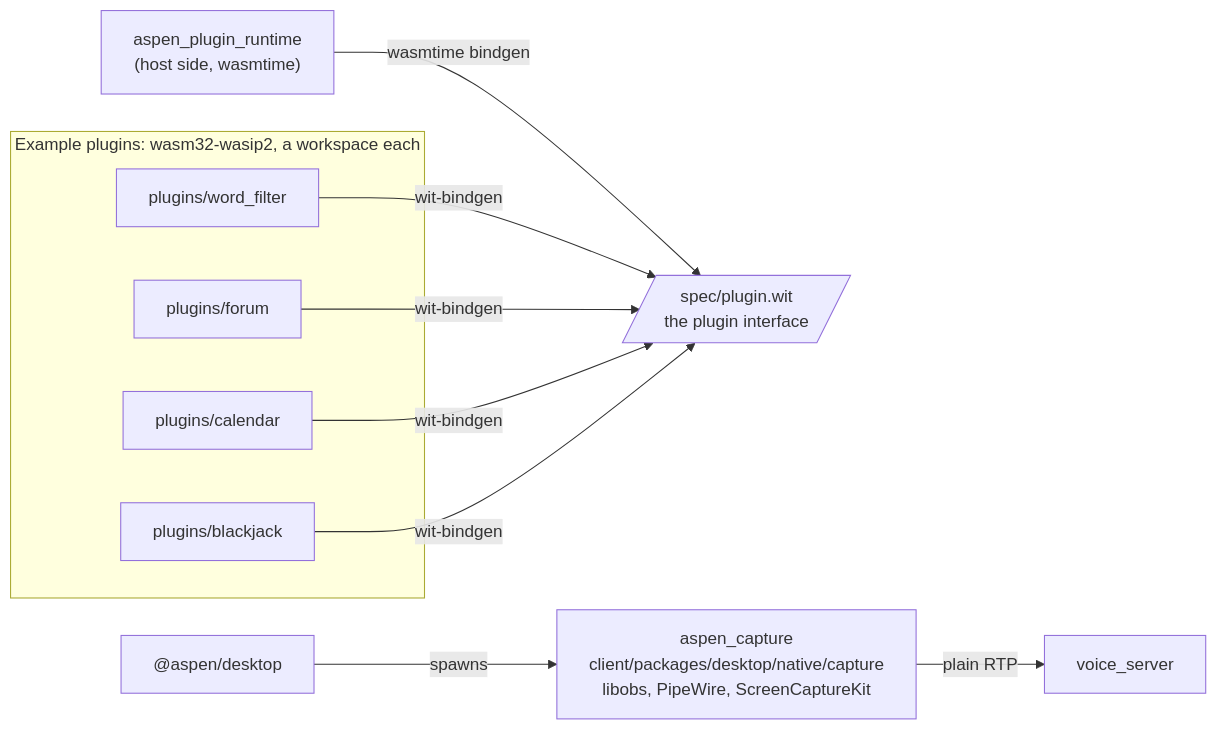
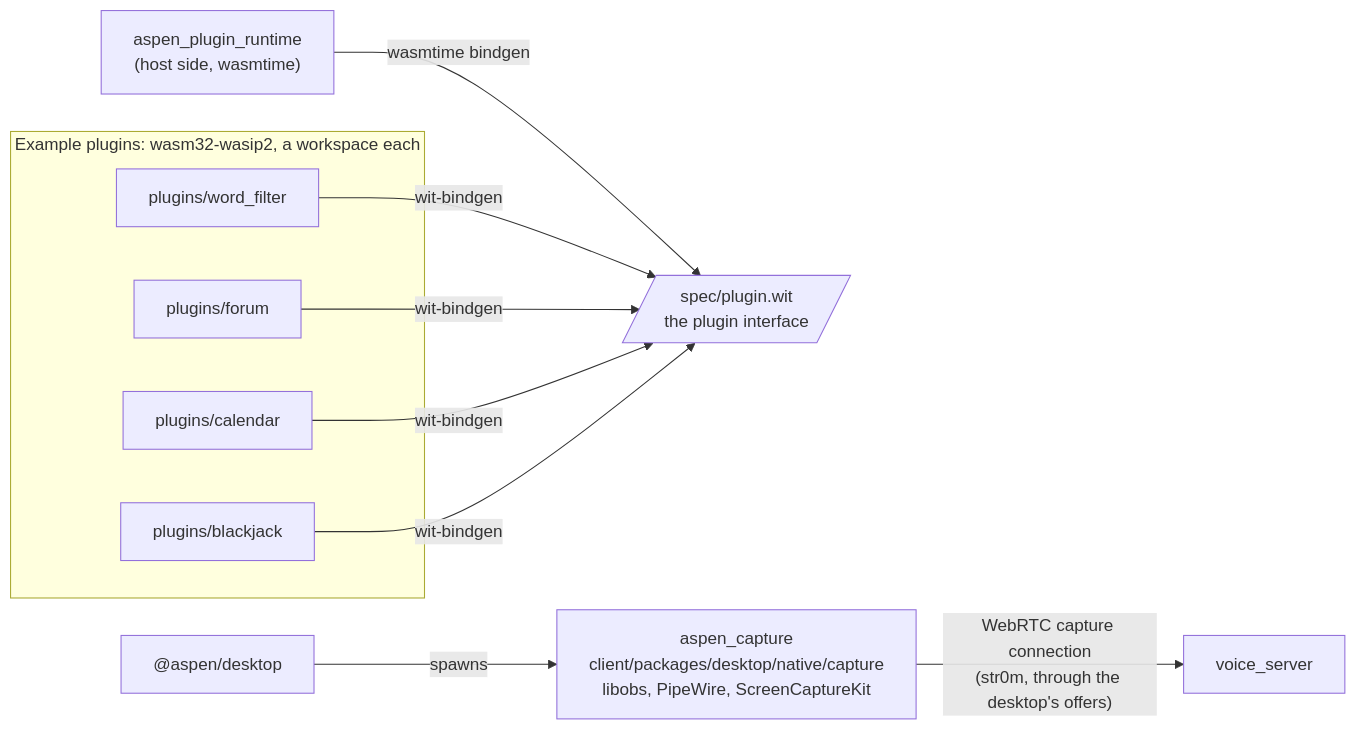
Before and after one commit to aspen-chat/aspen-chat-server: the third of 3 diagrams in docs/diagrams/crates.md, drawn with Mermaid. The commit also changed other lines of this file and 51 other files, not shown here.

First line of the commit message:
Describe the str0m voice path everywhere, and build the servers without mediasoup's tools

````diff
--- a/docs/diagrams/crates.md
+++ b/docs/diagrams/crates.md
@@ -114,19 +122,19 @@
 ```mermaid
 flowchart LR
     wit[/"spec/plugin.wit<br/>the plugin interface"/]
     plugin_rt["aspen_plugin_runtime<br/>(host side, wasmtime)"]
     subgraph plugins["Example plugins: wasm32-wasip2, a workspace each"]
         word_filter["plugins/word_filter"]
         forum["plugins/forum"]
         calendar["plugins/calendar"]
         blackjack["plugins/blackjack"]
     end
     capture["aspen_capture<br/>client/packages/desktop/native/capture<br/>libobs, PipeWire, ScreenCaptureKit"]
     desktop["@aspen/desktop"]
     voice_server["voice_server"]
 
     plugin_rt -- "wasmtime bindgen" --> wit
     word_filter & forum & calendar & blackjack -- "wit-bindgen" --> wit
     desktop -- "spawns" --> capture
-    capture -- "plain RTP" --> voice_server
+    capture -- "WebRTC capture connection<br/>(str0m, through the desktop's offers)" --> voice_server
 ```
````
